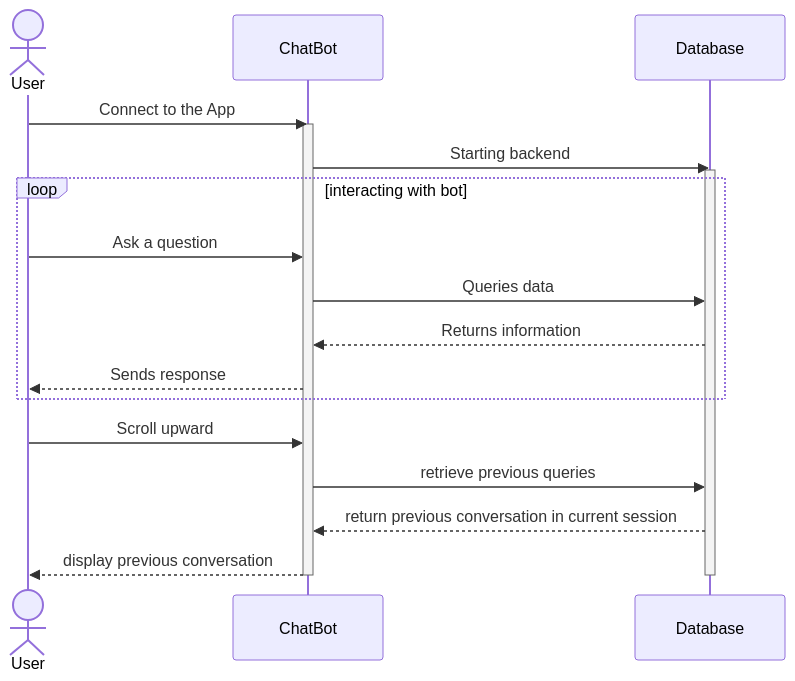
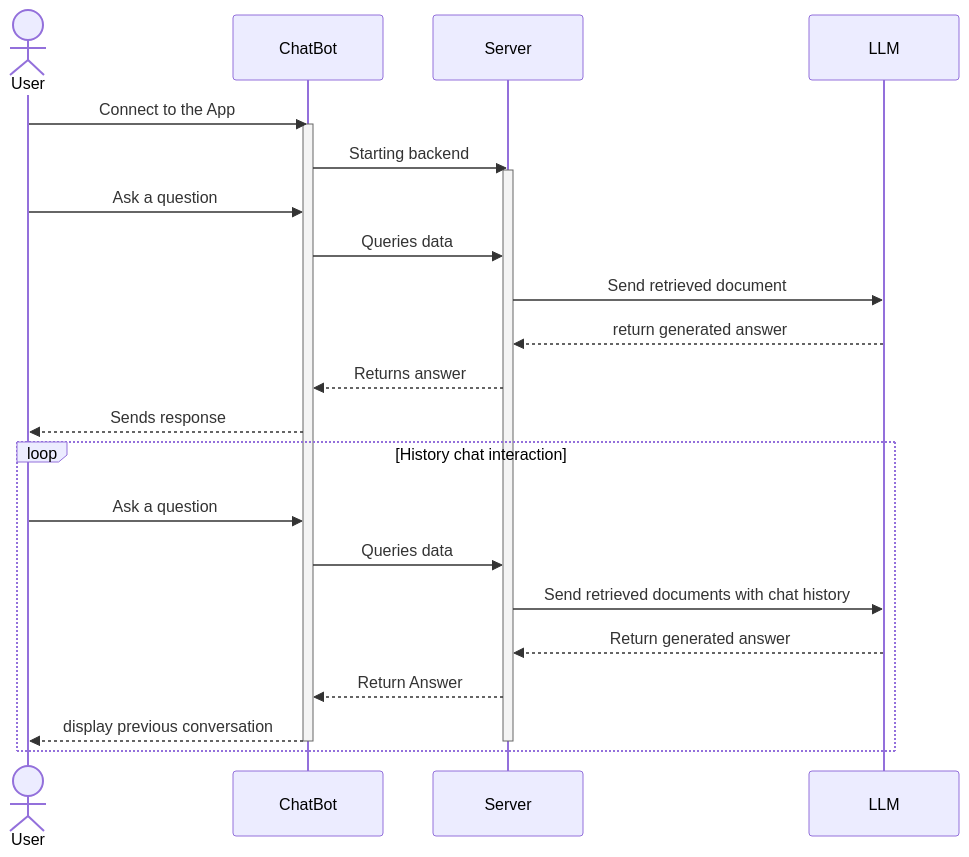
The third of 5 diagrams in documentation/docs/requirements/use-case-descriptions.md (Capstone-Projects-2025-Spring/project-003-bioinformatics-chatbot), drawn with Mermaid before and after one commit. The commit also changed other lines of this file and 1 other file, not shown here.

First line of the commit message:
updated Sequence/ rewrite features

````diff
--- a/documentation/docs/requirements/use-case-descriptions.md
+++ b/documentation/docs/requirements/use-case-descriptions.md
@@ -102,26 +108,35 @@
 ```mermaid
 sequenceDiagram
     actor A as User
     participant B as ChatBot
-    participant C as Database
+    participant C as Server
+    participant D as LLM
     
     
     A->>B: Connect to the App
     
     activate B
     B->>C: Starting backend
     activate C
-    loop interacting with bot
-        A->>B: Ask a question
-        B->>C: Queries data
-        C-->>B: Returns information
-        B-->>A: Sends response
-    end
-    A->>B: Scroll upward
     
-    B->>C: retrieve previous queries
-    C-->>B: return previous conversation in current session
+    A->>B: Ask a question
+    B->>C: Queries data
+    C->>D: Send retrieved document
+    D-->>C: return generated answer
+    C-->>B: Returns answer
+    B-->>A: Sends response
+    
+
+    loop History chat interaction
+    A->>B: Ask a question
+    
+    B->>C: Queries data
+    C->>D: Send retrieved documents with chat history
+    D-->>C: Return generated answer
+    C-->>B: Return Answer
     B-->>A: display previous conversation
     deactivate B
     deactivate C
+    end
+
 ```
````
